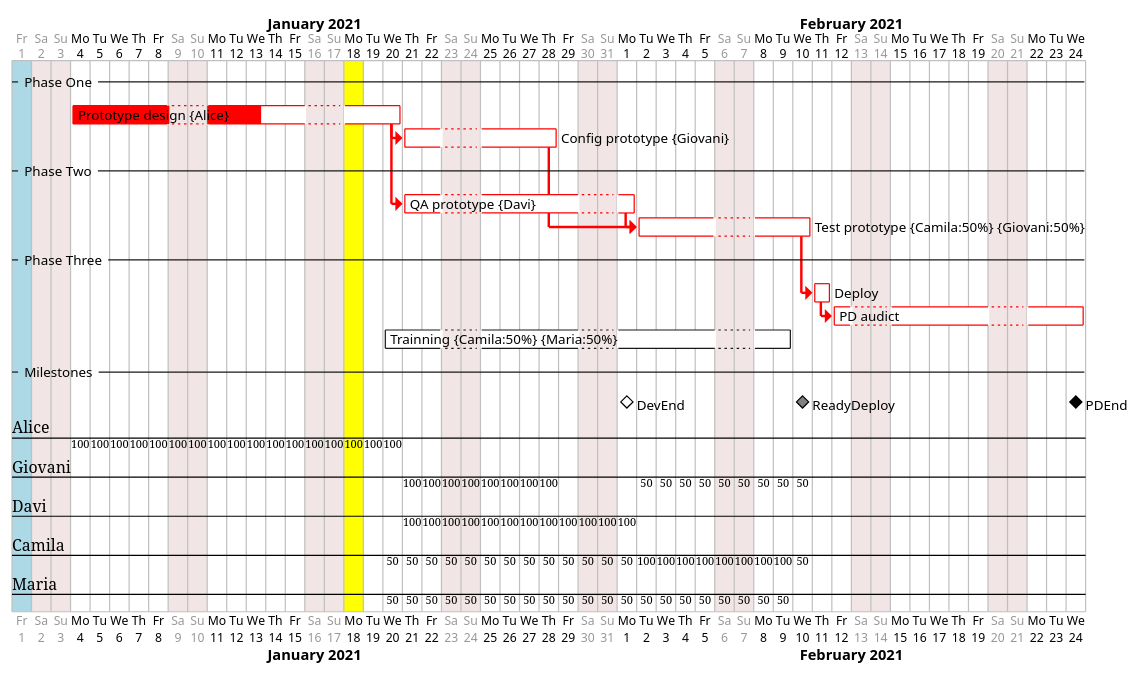
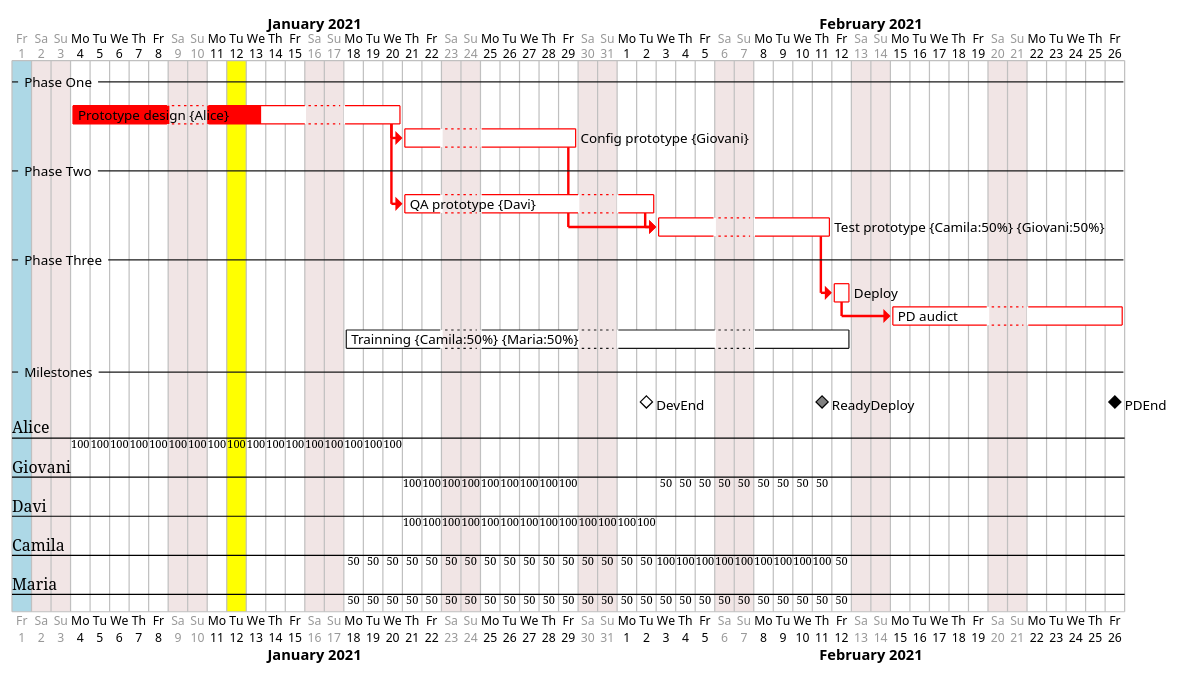
One commit to GiovaniPM/DMNTests changed the diagram in PlantUML/teste25.pu. Above: the diagram before and after it, drawn with PlantUML.

Commit message:
giova(DESKTOP-PG18CKU) 210118111044

```diff
--- a/PlantUML/teste25.pu
+++ b/PlantUML/teste25.pu
@@ -1,63 +1,62 @@
 @startgantt
 project starts the 2021/01/01
 
 ' Day watching
-2021/01/18 is colored in Yellow
+2021/01/12 is colored in Yellow
 
 ' Close Days
 saturday are closed
 sunday are closed
 2021/01/01 is closed
 2021/01/01 is colored in lightblue
 
 ' Tasks and there layers
 -- Phase One --
 [Prototype design] on {Alice} lasts 13 days
 [Prototype design] links to [[http://plantuml.com]]
-[Config prototype] on {Giovani} lasts 6 days
+[Config prototype] on {Giovani} lasts 7 days
 -- Phase Two --
-[QA prototype] on {Davi} lasts 8 days
+[QA prototype] on {Davi} lasts 9 days
 [Test prototype] on {Camila:50}{Giovani:50} lasts 7 days
 -- Phase Three --
 [Deploy] lasts 1 day
-[PD audict] lasts 9 days
-[Trainning] on {Camila:50}{Maria:50} starts 2021/01/20
-[Trainning] ends 2021/02/09
+[PD audict] lasts 10 days
+[Trainning] on {Camila:50}{Maria:50} starts 2021/01/18
+[Trainning] ends 2021/02/12
 -- Milestones --
 
 ' Tasks flow
 [Config prototype] starts at [Prototype design]'s end with red bold link
 [QA prototype] starts at [Prototype design]'s end with red bold link
 [Test prototype] starts at [Config prototype]'s end with red bold link
 [Test prototype] starts at [QA prototype]'s end with red bold link
 [Deploy] starts at [Test prototype]'s end with red bold link
 [PD audict] starts at [Deploy]'s end with red bold link
 
 ' Tasks progress
 [Prototype design] is 60% completed
 [Config prototype] is 0% completed
 [QA prototype] is 0% completed
 [Test prototype] is 0% completed
 [Deploy] is 0% completed
 [PD audict] is 0% completed
 [Trainning] is 0% completed
 
 ' Milestones
 [DevEnd] happens at [Prototype design]'s end
 [DevEnd] happens at [QA prototype]'s end
 [ReadyDeploy] happens at [Test prototype]'s end
 [ReadyDeploy] displays on same row as [DevEnd]
 [PDEnd] happens at [PD audict]'s end
 [PDEnd] displays on same row as [ReadyDeploy]
 
 ' Colors
 [Prototype design] is colored in Red/Red
 [Config prototype] is colored in Red/Red
 [QA prototype] is colored in Red/Red
 [Test prototype] is colored in Red/Red
 [Deploy] is colored in Red/Red
 [PD audict] is colored in Red/Red
 [DevEnd] is colored in White/Black
 [ReadyDeploy] is colored in Gray/Black
-
 @endgantt
```
